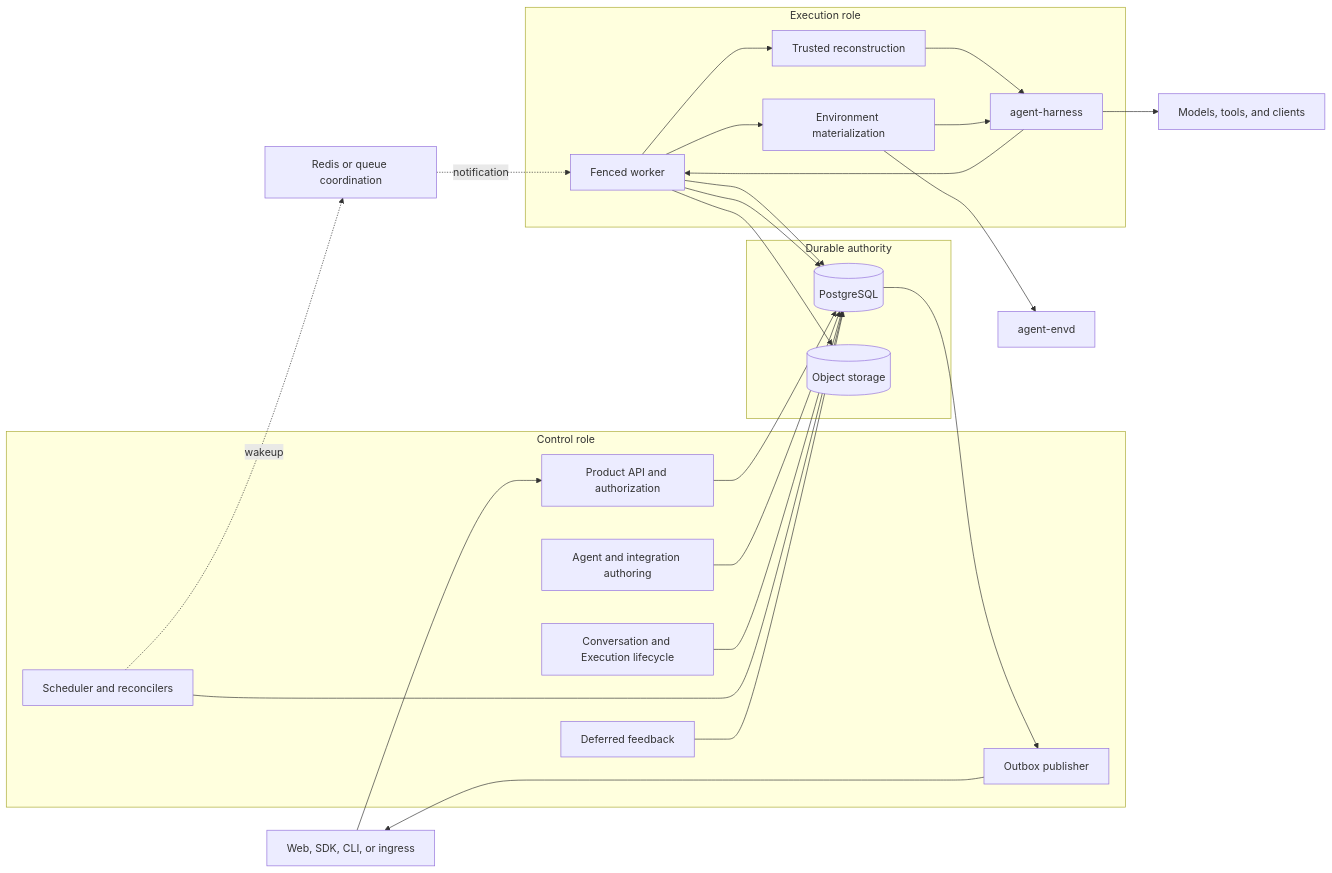
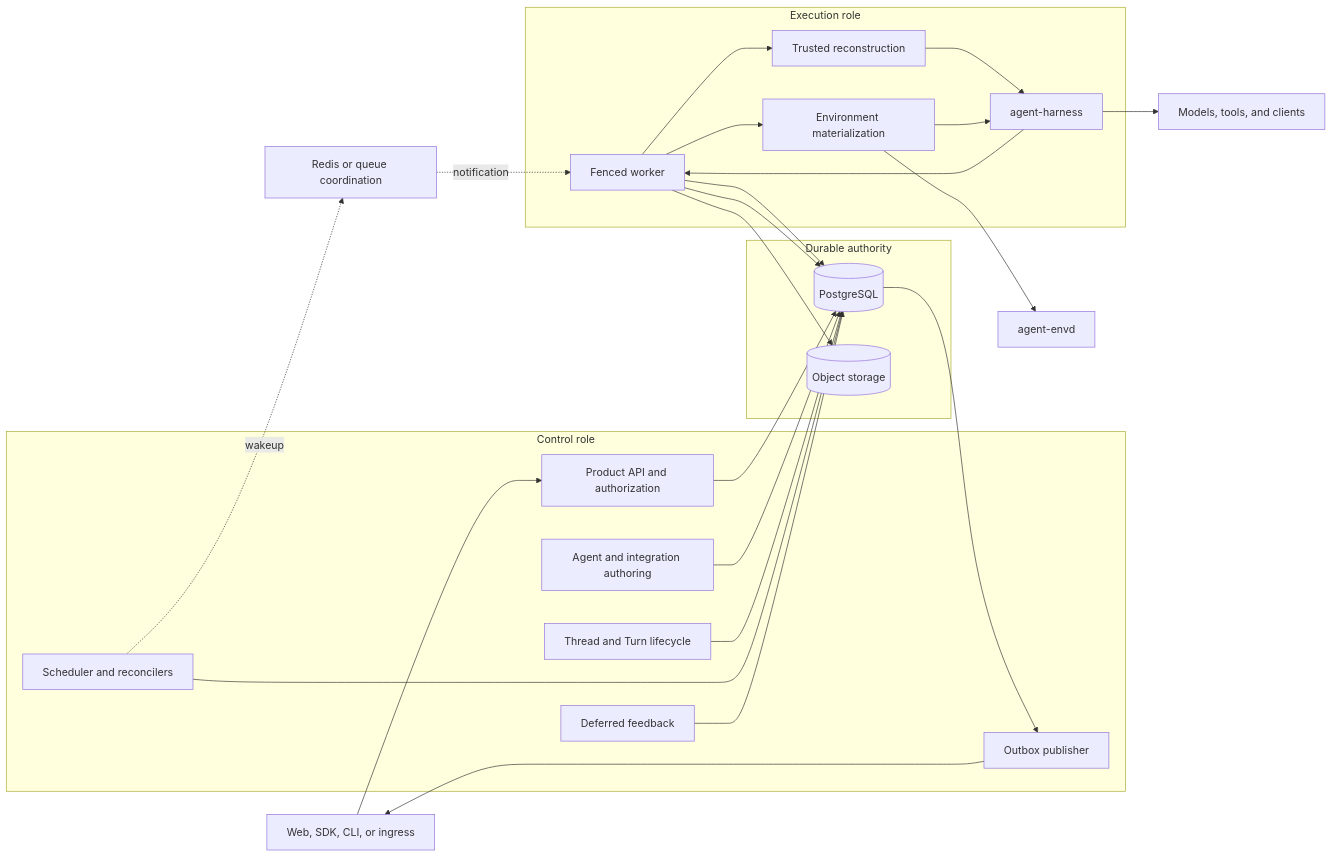
The first of 3 diagrams in spec/foundation-service/00-overview.md (converge-ai-labs/agent-foundation), drawn with Mermaid before and after one commit. The commit also changed other lines of this file and 29 other files, not shown here.

Commit message:
docs(spec): adopt thread turn item lifecycle

````diff
--- a/spec/foundation-service/00-overview.md
+++ b/spec/foundation-service/00-overview.md
@@ -11,48 +11,48 @@
 ```mermaid
 flowchart LR
     Client[Web, SDK, CLI, or ingress]
 
     subgraph Control[Control role]
         API[Product API and authorization]
         Authoring[Agent and integration authoring]
-        Lifecycle[Conversation and Execution lifecycle]
+        Lifecycle[Thread and Turn lifecycle]
         Scheduler[Scheduler and reconcilers]
         Feedback[Deferred feedback]
         Publisher[Outbox publisher]
     end
 
     subgraph Durable[Durable authority]
         Database[(PostgreSQL)]
         Objects[(Object storage)]
     end
 
     Coordination[Redis or queue coordination]
 
-    subgraph Execution[Execution role]
+    subgraph ExecutionRole[Execution role]
         Worker[Fenced worker]
         Reconstruct[Trusted reconstruction]
         Environment[Environment materialization]
         Harness[agent-harness]
     end
 
     Envd[agent-envd]
     External[Models, tools, and clients]
 
     Client --> API
     API --> Database
     Authoring --> Database
     Lifecycle --> Database
     Scheduler --> Database
     Scheduler -. wakeup .-> Coordination
     Coordination -. notification .-> Worker
     Worker --> Database
     Worker --> Reconstruct --> Harness
     Worker --> Environment --> Harness
     Environment --> Envd
     Harness --> External
     Harness --> Worker
     Worker --> Database
     Worker --> Objects
     Database --> Publisher --> Client
     Feedback --> Database
 ```
````
